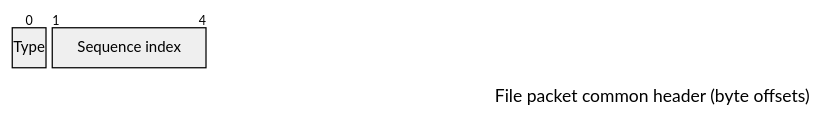
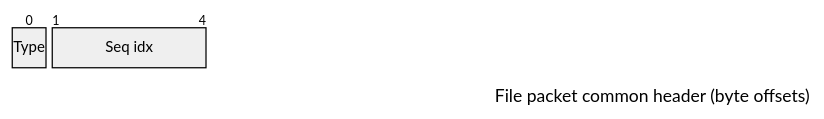
Before and after one commit to JPL-Devin/fprime: diagram 16 of 21 in docs/reference/flight-ground-interface.md, drawn with Mermaid. The commit also changed other lines of this file, not shown here.

Commit message:
docs: compact Mermaid packet labels

````diff
--- a/docs/reference/flight-ground-interface.md
+++ b/docs/reference/flight-ground-interface.md
@@ -674,6 +674,6 @@
 ```mermaid
 packet-beta
 title File packet common header (byte offsets)
 0: "Type"
-1-4: "Sequence index"
+1-4: "Seq idx"
 ```
````
